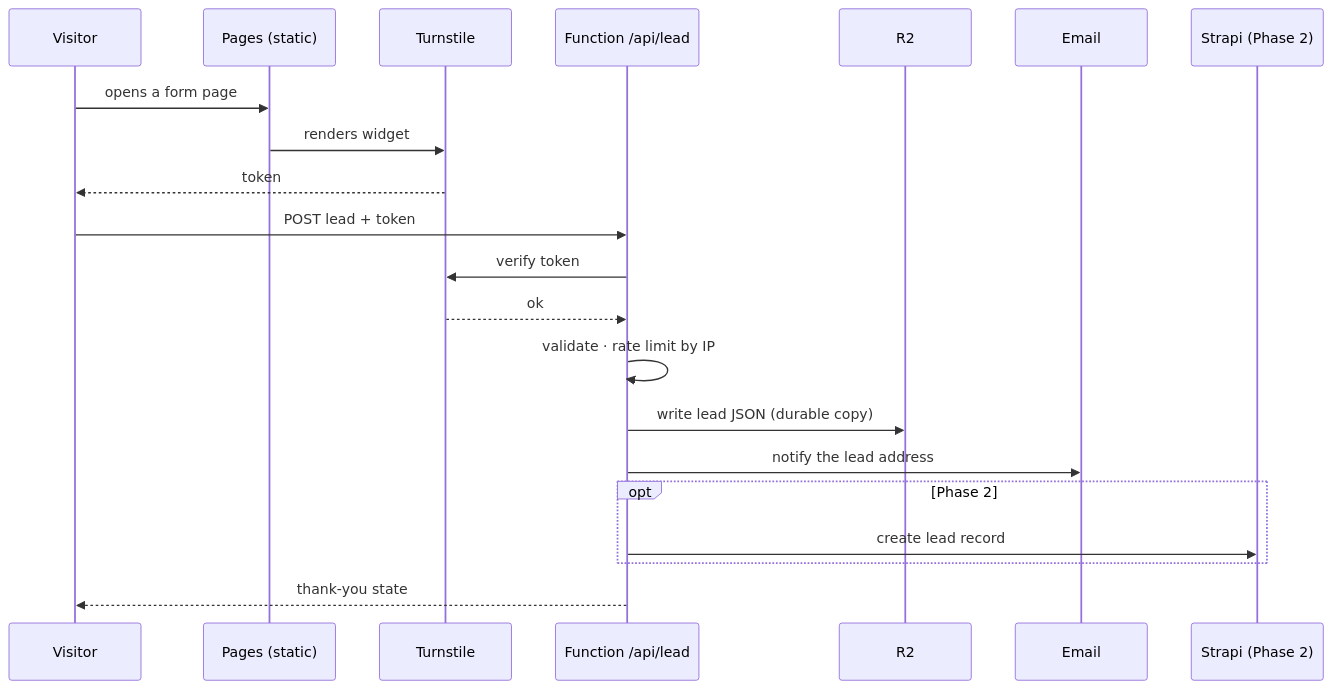
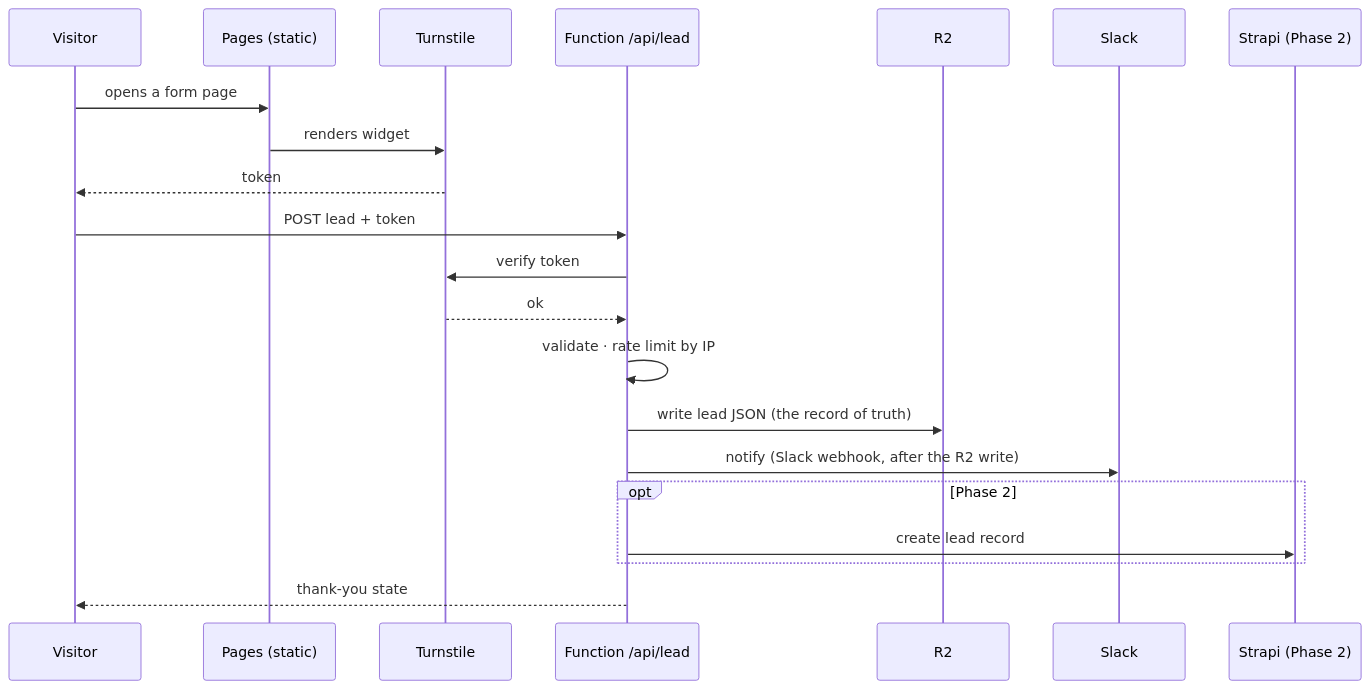
Before and after one commit to ancJ29/v-robotic: the third of 6 diagrams in docs/architecture.md, drawn with Mermaid. The commit also changed other lines of this file and 38 other files, not shown here.

First line of the commit message:
feat(leads): one lead record, five form pages, Turnstile, an R2-first Worker and a Slack notice

````diff
--- a/docs/architecture.md
+++ b/docs/architecture.md
@@ -143,24 +143,24 @@
 ```mermaid
 sequenceDiagram
     participant V as Visitor
     participant P as Pages (static)
     participant T as Turnstile
     participant F as Function /api/lead
     participant R as R2
-    participant M as Email
+    participant M as Slack
     participant S as Strapi (Phase 2)
 
     V->>P: opens a form page
     P->>T: renders widget
     T-->>V: token
     V->>F: POST lead + token
     F->>T: verify token
     T-->>F: ok
     F->>F: validate · rate limit by IP
-    F->>R: write lead JSON (durable copy)
-    F->>M: notify the lead address
+    F->>R: write lead JSON (the record of truth)
+    F->>M: notify (Slack webhook, after the R2 write)
     opt Phase 2
         F->>S: create lead record
     end
     F-->>V: thank-you state
 ```
````
